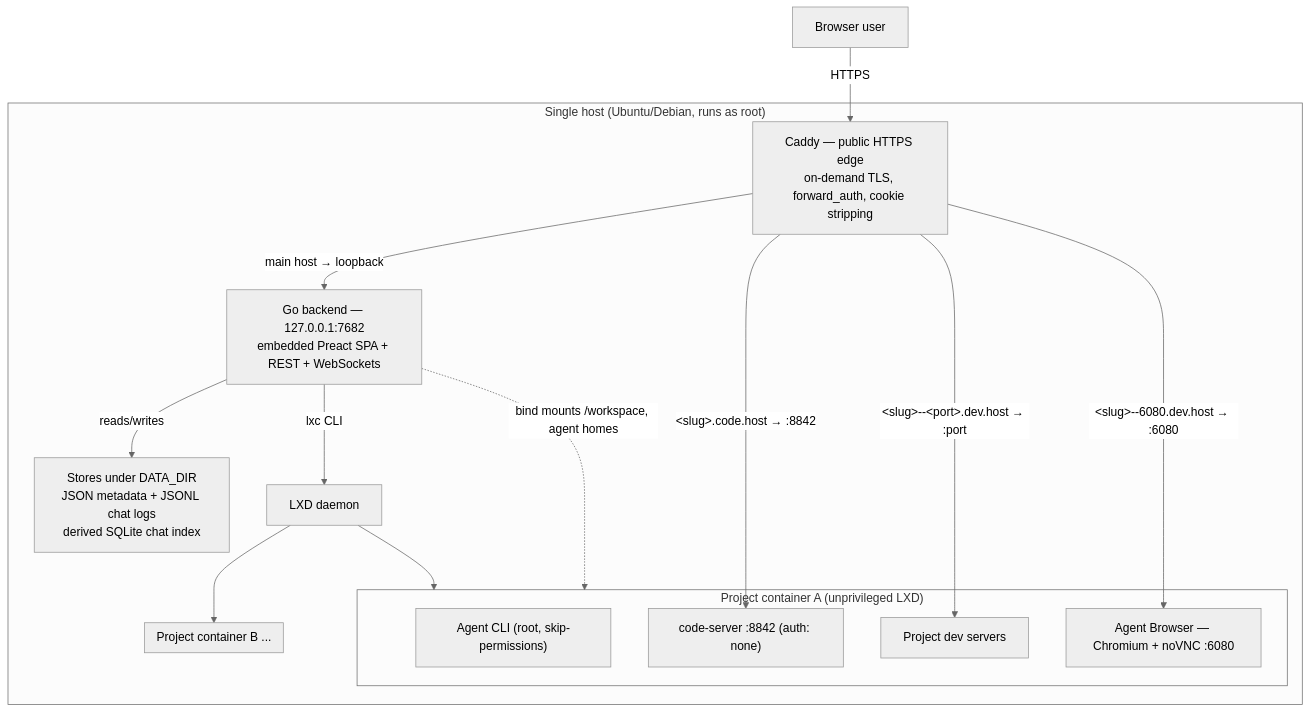
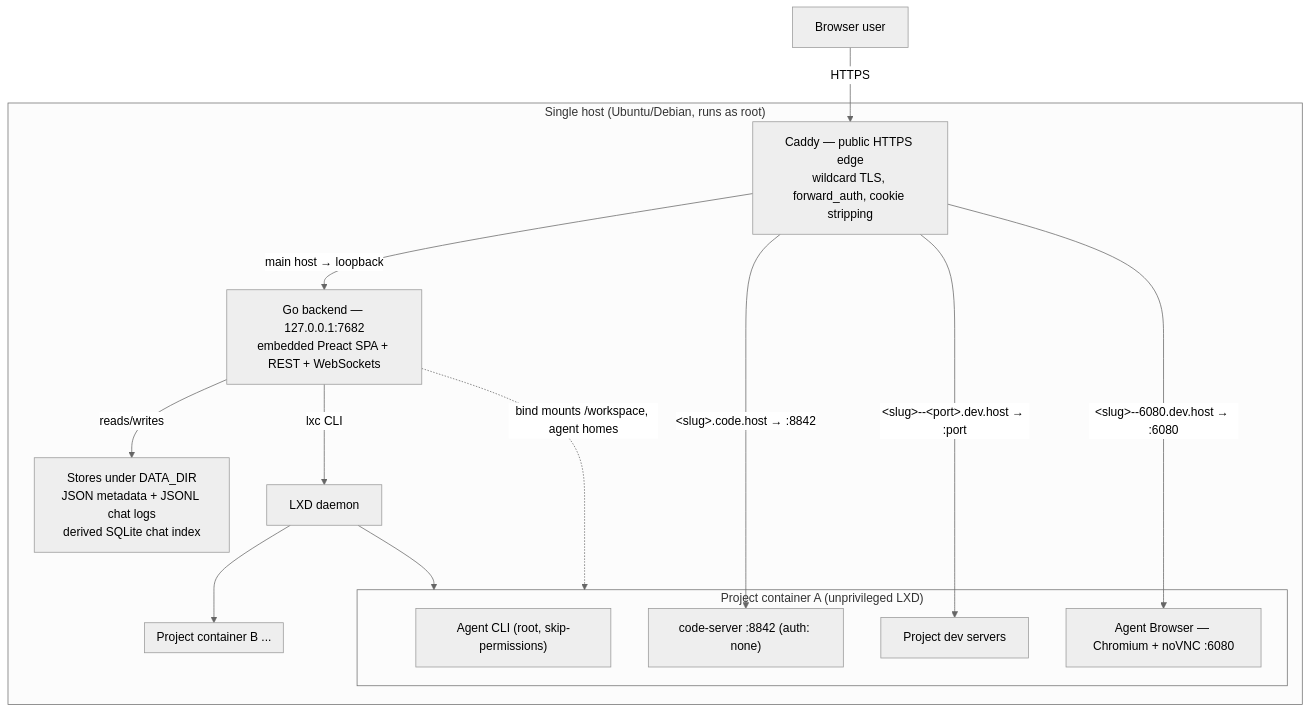
One commit to AbdallahMohamedDotnet/remote.futrx changed the first of 2 diagrams in ARCHITECTURE.md. Above: the diagram before and after it, drawn with Mermaid (neutral theme). The commit also changed 6 other files, not shown here.

````diff
--- a/ARCHITECTURE.md
+++ b/ARCHITECTURE.md
@@ -18,31 +18,31 @@
 ```mermaid
 flowchart TB
     User["Browser user"]
 
     subgraph Host["Single host (Ubuntu/Debian, runs as root)"]
-        Caddy["Caddy — public HTTPS edge<br/>on-demand TLS, forward_auth, cookie stripping"]
+        Caddy["Caddy — public HTTPS edge<br/>wildcard TLS, forward_auth, cookie stripping"]
         Go["Go backend — 127.0.0.1:7682<br/>embedded Preact SPA + REST + WebSockets"]
         Stores["Stores under DATA_DIR<br/>JSON metadata + JSONL chat logs<br/>derived SQLite chat index"]
         LXD["LXD daemon"]
 
         subgraph C1["Project container A (unprivileged LXD)"]
             AgentA["Agent CLI (root, skip-permissions)"]
             IDEA["code-server :8842 (auth: none)"]
             AppA["Project dev servers"]
             BrowA["Agent Browser — Chromium + noVNC :6080"]
         end
         subgraph C2["Project container B ..."]
         end
     end
 
     User -->|HTTPS| Caddy
     Caddy -->|"main host → loopback"| Go
     Caddy -->|"&lt;slug&gt;.code.host → :8842"| IDEA
     Caddy -->|"&lt;slug&gt;--&lt;port&gt;.dev.host → :port"| AppA
     Caddy -->|"&lt;slug&gt;--6080.dev.host → :6080"| BrowA
     Go -->|reads/writes| Stores
     Go -->|lxc CLI| LXD
     LXD --> C1
     LXD --> C2
     Go -.->|"bind mounts /workspace, agent homes"| C1
 ```
````
